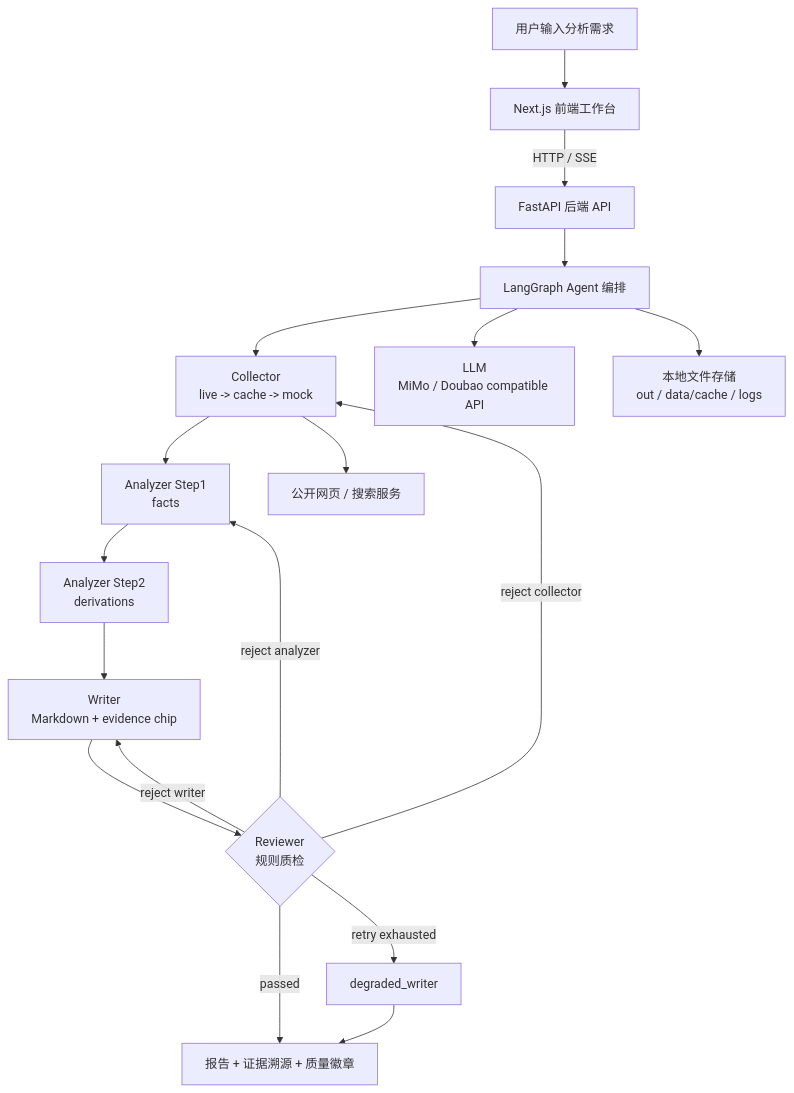
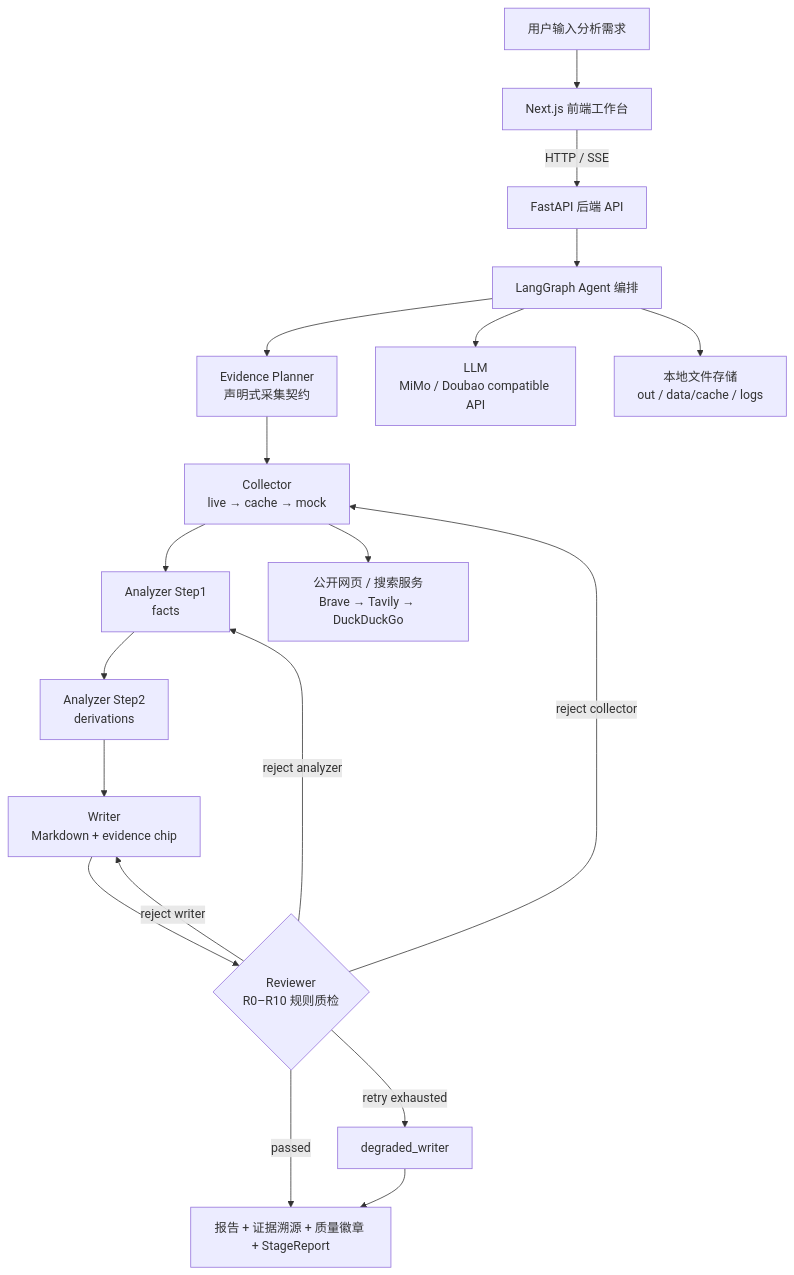
The diagram in docs/final-submission.md (yangyuxin-hub/AI-Competitive-Radar), drawn with Mermaid before and after one commit. The commit also changed other lines of this file and 1 other file, not shown here.

````diff
--- a/docs/final-submission.md
+++ b/docs/final-submission.md
@@ -67,21 +77,22 @@
 ```mermaid
 flowchart TD
     U["用户输入分析需求"] --> FE["Next.js 前端工作台"]
     FE -->|HTTP / SSE| API["FastAPI 后端 API"]
     API --> G["LangGraph Agent 编排"]
-    G --> C["Collector<br/>live -> cache -> mock"]
+    G --> P["Evidence Planner<br/>声明式采集契约"]
+    P --> C["Collector<br/>live → cache → mock"]
     C --> A1["Analyzer Step1<br/>facts"]
     A1 --> A2["Analyzer Step2<br/>derivations"]
     A2 --> W["Writer<br/>Markdown + evidence chip"]
-    W --> R{"Reviewer<br/>规则质检"}
-    R -->|passed| OUT["报告 + 证据溯源 + 质量徽章"]
+    W --> R{"Reviewer<br/>R0–R10 规则质检"}
+    R -->|passed| OUT["报告 + 证据溯源 + 质量徽章 + StageReport"]
     R -->|reject collector| C
     R -->|reject analyzer| A1
     R -->|reject writer| W
     R -->|retry exhausted| D["degraded_writer"]
     D --> OUT
 
     G --> LLM["LLM<br/>MiMo / Doubao compatible API"]
-    C --> WEB["公开网页 / 搜索服务"]
+    C --> WEB["公开网页 / 搜索服务<br/>Brave → Tavily → DuckDuckGo"]
     G --> FS["本地文件存储<br/>out / data/cache / logs"]
 ```
````
